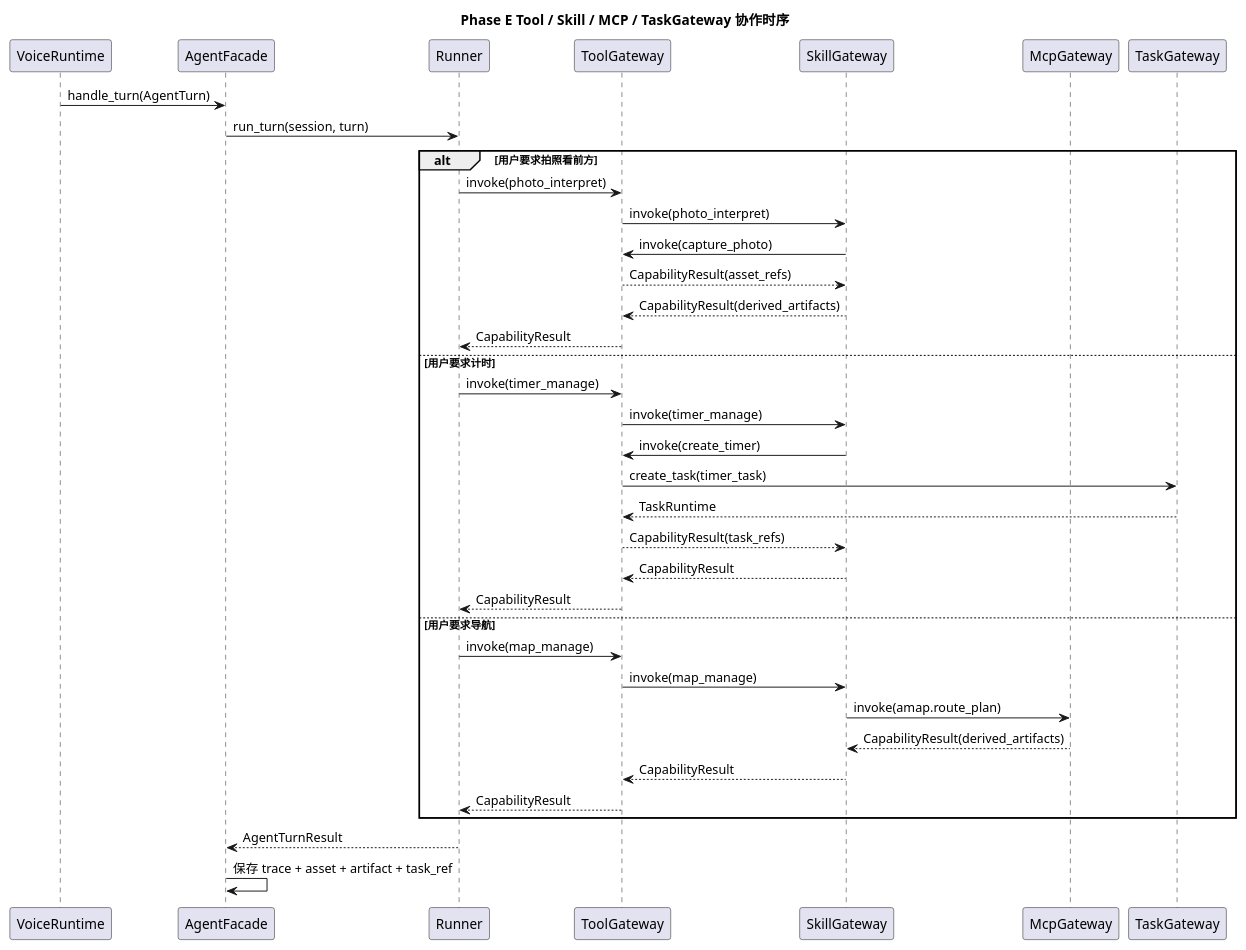
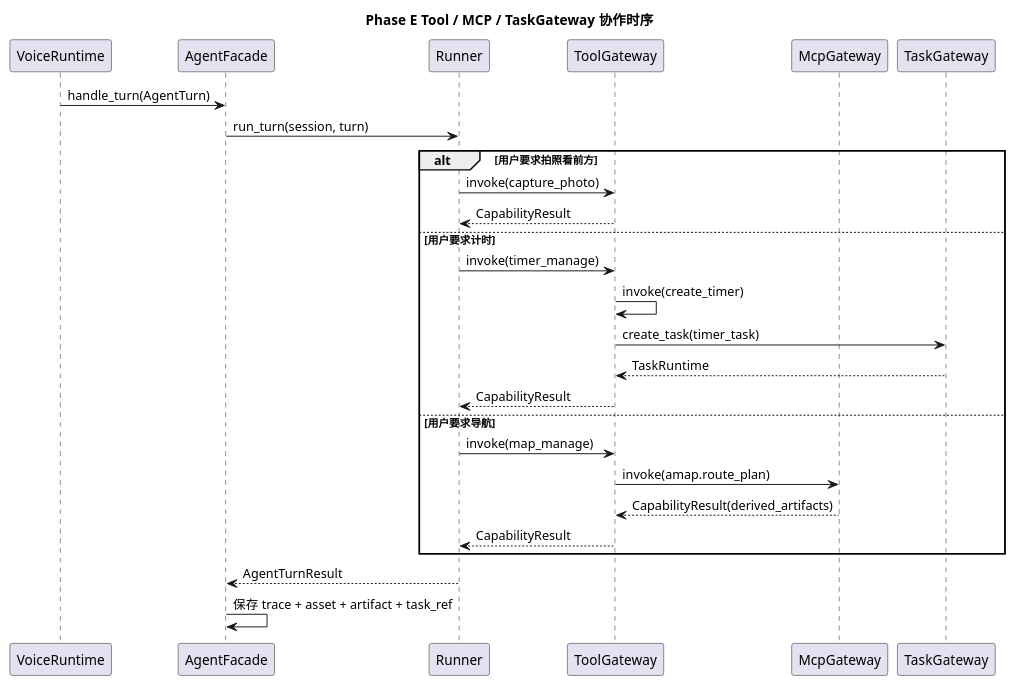
One commit to HengeLiu/RealtimeAgent changed the second of 2 diagrams in doc/plan/PhaseE-能力层骨架实施文档.md. Above: the diagram before and after it, drawn with PlantUML. The commit also changed other lines of this file and 31 other files, not shown here.

````diff
--- a/doc/plan/PhaseE-能力层骨架实施文档.md
+++ b/doc/plan/PhaseE-能力层骨架实施文档.md
@@ -206,44 +201,34 @@
 ```plantuml
 @startuml
-title Phase E Tool / Skill / MCP / TaskGateway 协作时序
+title Phase E Tool / MCP / TaskGateway 协作时序
 
 participant "VoiceRuntime" as V
 participant "AgentFacade" as A
 participant "Runner" as R
 participant "ToolGateway" as T
-participant "SkillGateway" as S
 participant "McpGateway" as M
 participant "TaskGateway" as G
 
 V -> A : handle_turn(AgentTurn)
 A -> R : run_turn(session, turn)
 
 alt 用户要求拍照看前方
-  R -> T : invoke(photo_interpret)
-  T -> S : invoke(photo_interpret)
-  S -> T : invoke(capture_photo)
-  T --> S : CapabilityResult(asset_refs)
-  S --> T : CapabilityResult(derived_artifacts)
+  R -> T : invoke(capture_photo)
   T --> R : CapabilityResult
 else 用户要求计时
   R -> T : invoke(timer_manage)
-  T -> S : invoke(timer_manage)
-  S -> T : invoke(create_timer)
+  T -> T : invoke(create_timer)
   T -> G : create_task(timer_task)
   G --> T : TaskRuntime
-  T --> S : CapabilityResult(task_refs)
-  S --> T : CapabilityResult
   T --> R : CapabilityResult
 else 用户要求导航
   R -> T : invoke(map_manage)
-  T -> S : invoke(map_manage)
-  S -> M : invoke(amap.route_plan)
-  M --> S : CapabilityResult(derived_artifacts)
-  S --> T : CapabilityResult
+  T -> M : invoke(amap.route_plan)
+  M --> T : CapabilityResult(derived_artifacts)
   T --> R : CapabilityResult
 end
 
 R --> A : AgentTurnResult
 A -> A : 保存 trace + asset + artifact + task_ref
 @enduml
 ```
````
